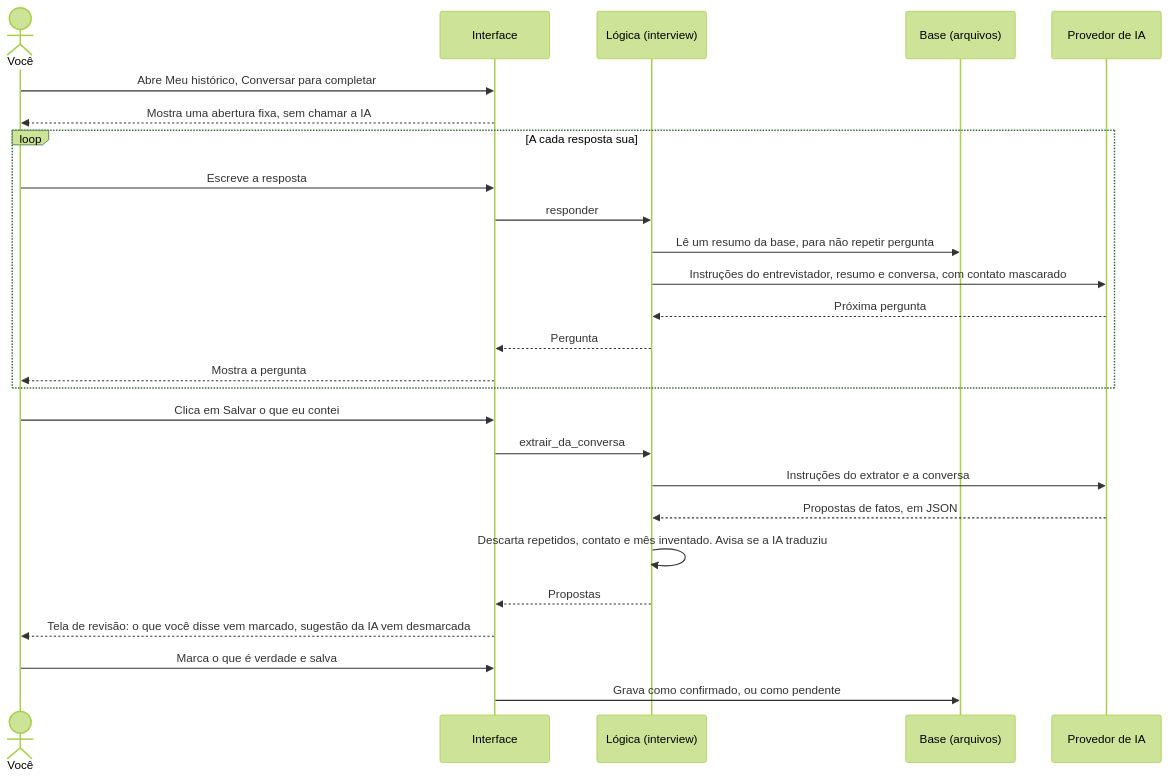
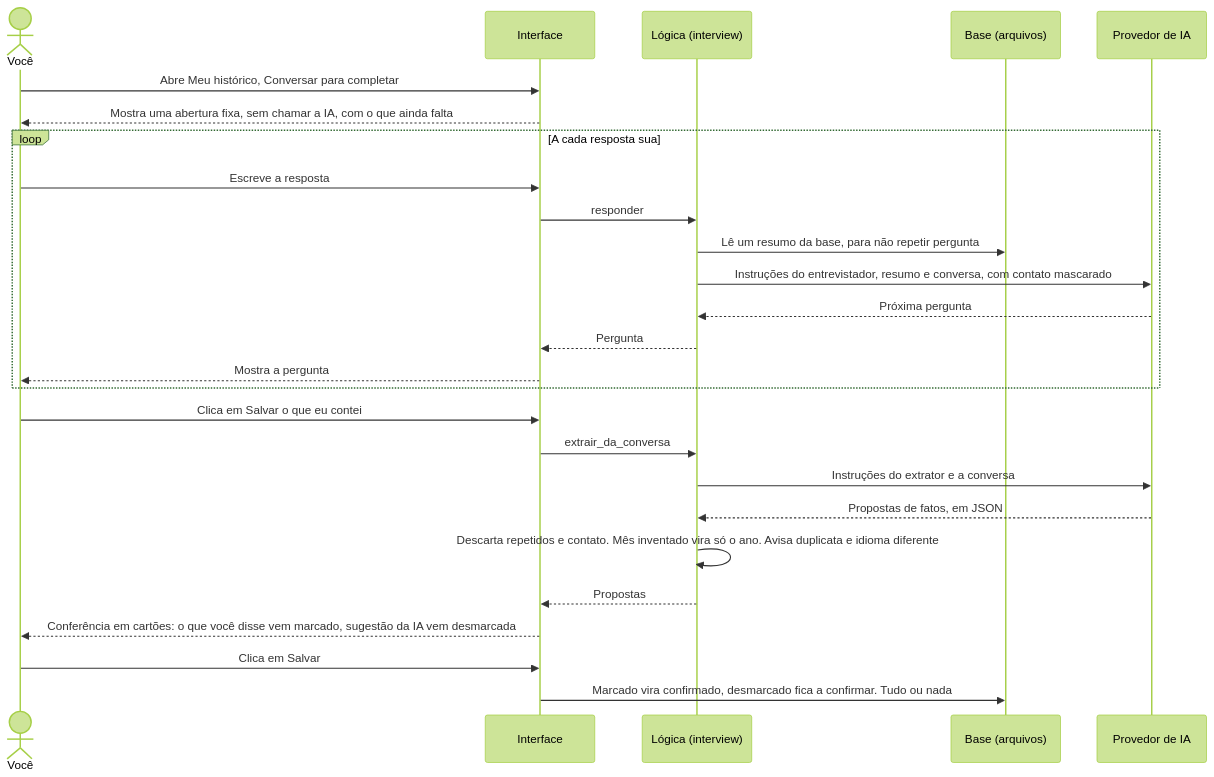
Before and after one commit to feeslopes/assistente_curriculo: the fifth of 10 diagrams in README.md, drawn with Mermaid (forest theme). The commit also changed other lines of this file and 1 other file, not shown here.

First line of the commit message:
Atualiza diagramas e documentação para a interface atual

````diff
--- a/README.md
+++ b/README.md
@@ -350,29 +357,29 @@
 ```mermaid
 sequenceDiagram
   actor V as Você
   participant UI as Interface
   participant L as Lógica (interview)
   participant K as Base (arquivos)
   participant IA as Provedor de IA
 
   V->>UI: Abre Meu histórico, Conversar para completar
-  UI-->>V: Mostra uma abertura fixa, sem chamar a IA
+  UI-->>V: Mostra uma abertura fixa, sem chamar a IA, com o que ainda falta
   loop A cada resposta sua
     V->>UI: Escreve a resposta
     UI->>L: responder
     L->>K: Lê um resumo da base, para não repetir pergunta
     L->>IA: Instruções do entrevistador, resumo e conversa, com contato mascarado
     IA-->>L: Próxima pergunta
     L-->>UI: Pergunta
     UI-->>V: Mostra a pergunta
   end
   V->>UI: Clica em Salvar o que eu contei
   UI->>L: extrair_da_conversa
   L->>IA: Instruções do extrator e a conversa
   IA-->>L: Propostas de fatos, em JSON
-  L->>L: Descarta repetidos, contato e mês inventado. Avisa se a IA traduziu
+  L->>L: Descarta repetidos e contato. Mês inventado vira só o ano. Avisa duplicata e idioma diferente
   L-->>UI: Propostas
-  UI-->>V: Tela de revisão: o que você disse vem marcado, sugestão da IA vem desmarcada
-  V->>UI: Marca o que é verdade e salva
-  UI->>K: Grava como confirmado, ou como pendente
+  UI-->>V: Conferência em cartões: o que você disse vem marcado, sugestão da IA vem desmarcada
+  V->>UI: Clica em Salvar
+  UI->>K: Marcado vira confirmado, desmarcado fica a confirmar. Tudo ou nada
 ```
````
